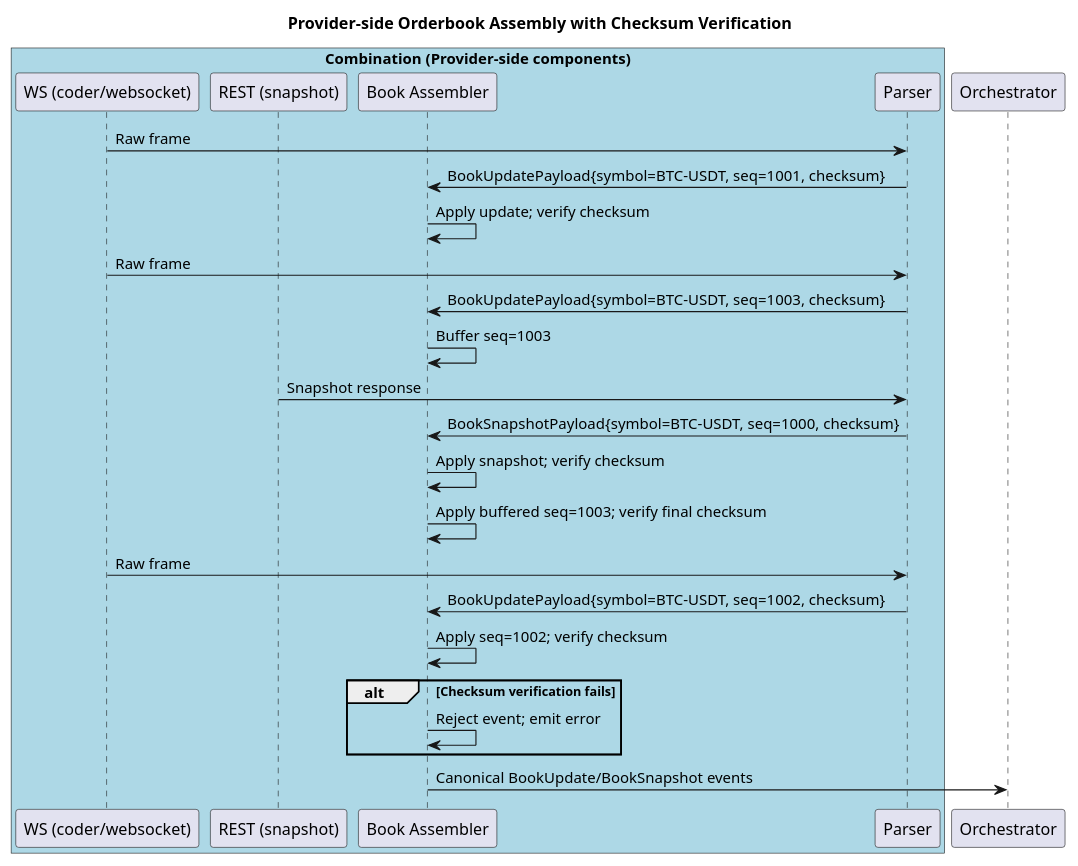
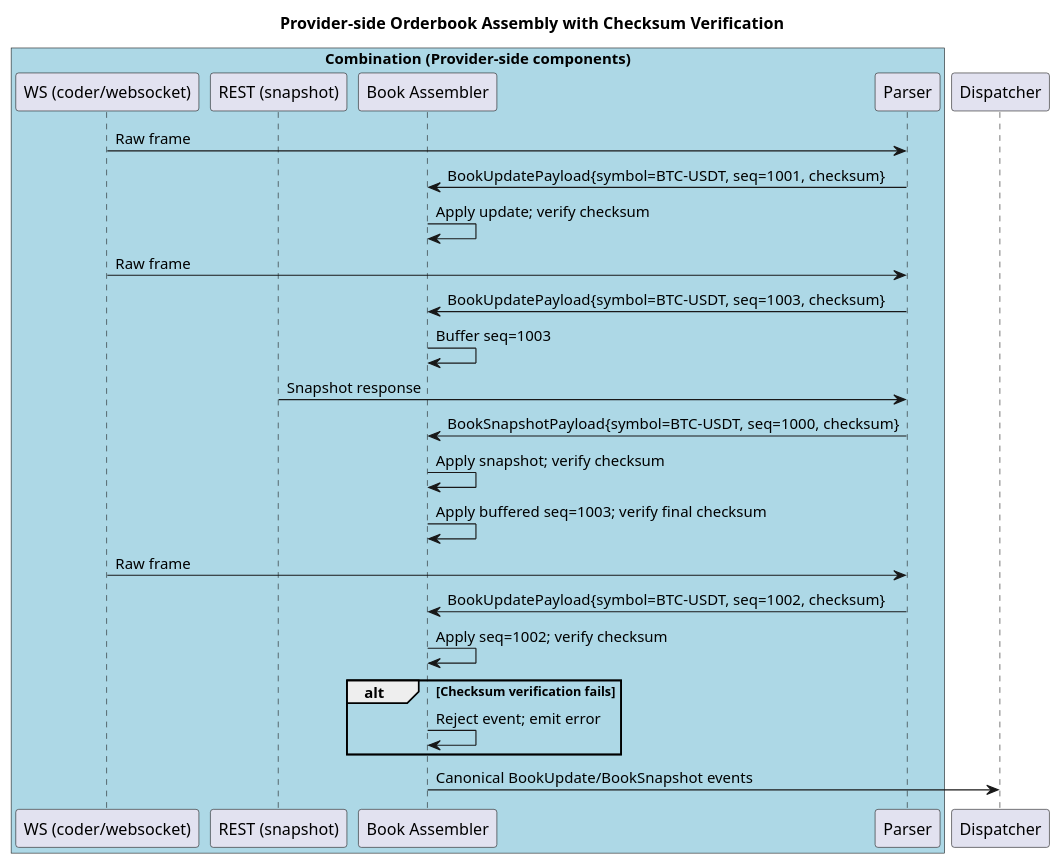
One commit to coachpo/meltica changed the diagram in docs/diagrams/orderbook-assembly-seq.puml. Above: the diagram before and after it, drawn with PlantUML. The commit also changed 50 other files, not shown here.

Commit message:
refactor: delete Orchestrator because the order book merge will happen within the provider

```diff
--- a/docs/diagrams/orderbook-assembly-seq.puml
+++ b/docs/diagrams/orderbook-assembly-seq.puml
@@ -1,35 +1,35 @@
 @startuml
 title Provider-side Orderbook Assembly with Checksum Verification
 
 box "Combination (Provider-side components)" #LightBlue
   participant "WS (coder/websocket)" as WS
   participant "REST (snapshot)" as REST
   participant "Book Assembler" as BA
   participant "Parser" as Parser
 end box
 
-participant "Orchestrator" as Orc
+participant "Dispatcher" as Disp
 
 WS -> Parser : Raw frame
 Parser -> BA : BookUpdatePayload{symbol=BTC-USDT, seq=1001, checksum}
 BA -> BA : Apply update; verify checksum
 
 WS -> Parser : Raw frame
 Parser -> BA : BookUpdatePayload{symbol=BTC-USDT, seq=1003, checksum}
 BA -> BA : Buffer seq=1003
 
 REST -> Parser : Snapshot response
 Parser -> BA : BookSnapshotPayload{symbol=BTC-USDT, seq=1000, checksum}
 BA -> BA : Apply snapshot; verify checksum
 BA -> BA : Apply buffered seq=1003; verify final checksum
 
 WS -> Parser : Raw frame
 Parser -> BA : BookUpdatePayload{symbol=BTC-USDT, seq=1002, checksum}
 BA -> BA : Apply seq=1002; verify checksum
 
 alt Checksum verification fails
   BA -> BA : Reject event; emit error
 end
 
-BA -> Orc : Canonical BookUpdate/BookSnapshot events
+BA -> Disp : Canonical BookUpdate/BookSnapshot events
 @enduml
```
